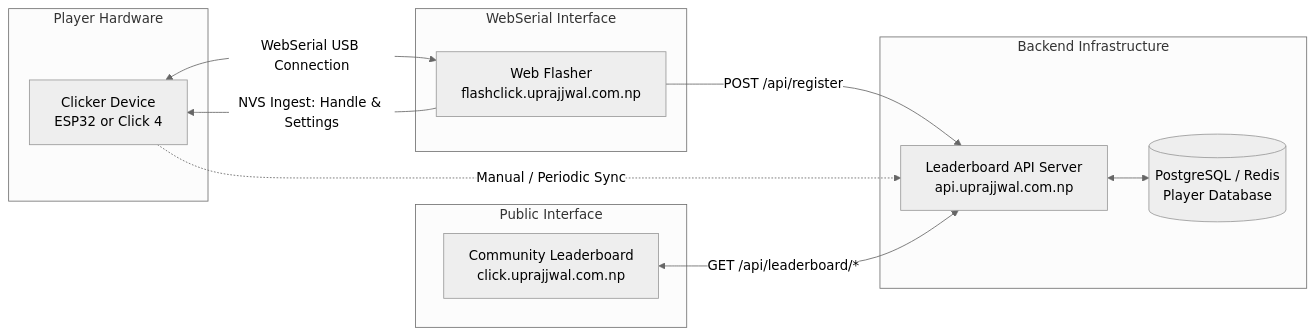
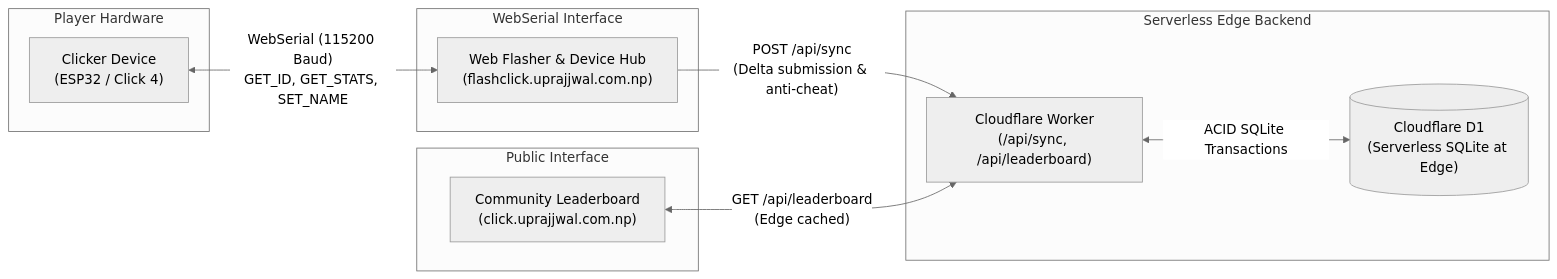
One commit to prajjwalprajjwal/Click changed the diagram in docs/leaderboard_architecture.md. Above: the diagram before and after it, drawn with Mermaid (neutral theme). The commit also changed other lines of this file and 17 other files, not shown here.

````diff
--- a/docs/leaderboard_architecture.md
+++ b/docs/leaderboard_architecture.md
@@ -9,26 +9,24 @@
 ```mermaid
 flowchart LR
     subgraph Client["Player Hardware"]
-        DEV[Clicker Device\nESP32 or Click 4]
+        DEV["Clicker Device\n(ESP32 / Click 4)"]
     end
 
     subgraph Flashing["WebSerial Interface"]
-        WF[Web Flasher\nflashclick.uprajjwal.com.np]
+        WF["Web Flasher & Device Hub\n(flashclick.uprajjwal.com.np)"]
     end
 
-    subgraph Cloud["Backend Infrastructure"]
-        API[Leaderboard API Server\napi.uprajjwal.com.np]
-        DB[(PostgreSQL / Redis\nPlayer Database)]
+    subgraph Cloud["Serverless Edge Backend"]
+        API["Cloudflare Worker\n(/api/sync, /api/leaderboard)"]
+        DB[("Cloudflare D1\n(Serverless SQLite at Edge)")]
     end
 
     subgraph Web["Public Interface"]
-        SITE[Community Leaderboard\nclick.uprajjwal.com.np]
+        SITE["Community Leaderboard\n(click.uprajjwal.com.np)"]
     end
 
-    DEV <-->|WebSerial USB Connection| WF
-    WF -->|NVS Ingest: Handle & Settings| DEV
-    WF -->|POST /api/register| API
-    DEV -.->|Manual / Periodic Sync| API
-    API <--> DB
-    SITE <-->|GET /api/leaderboard/*| API
+    DEV <-->|"WebSerial (115200 Baud)\nGET_ID, GET_STATS, SET_NAME"| WF
+    WF -->|"POST /api/sync\n(Delta submission & anti-cheat)"| API
+    API <-->|"ACID SQLite Transactions"| DB
+    SITE <-->|"GET /api/leaderboard\n(Edge cached)"| API
 ```
````
